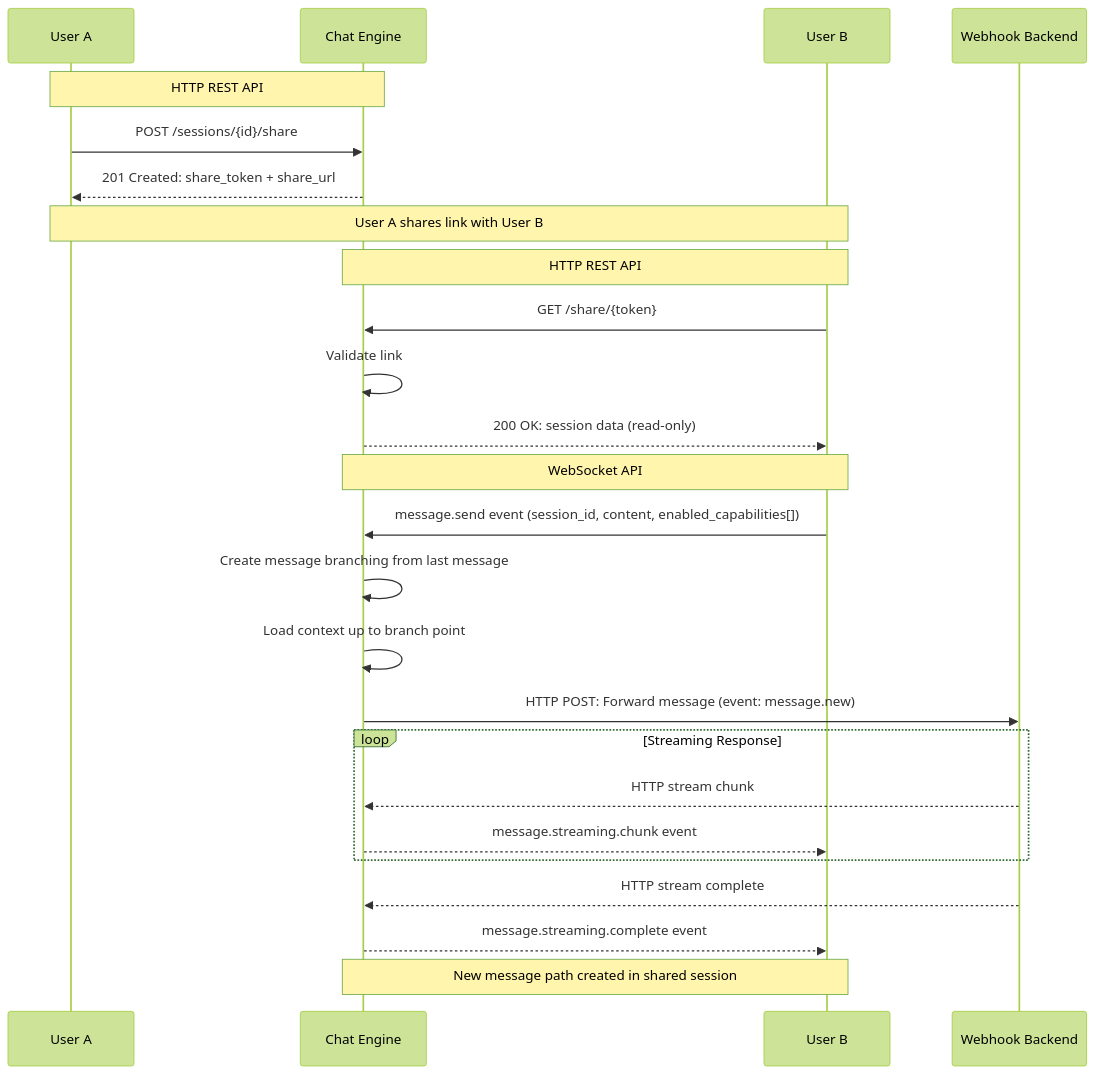
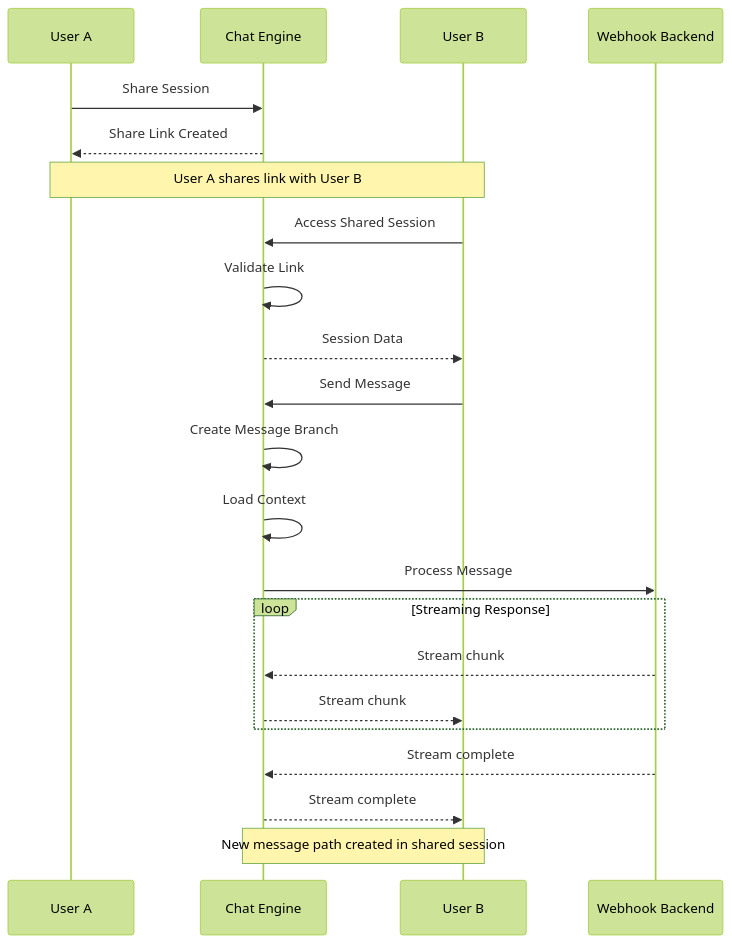
The tenth of 16 diagrams in modules/chat_engine/DESIGN.md (hypernetix/hyperspot), drawn with Mermaid (forest theme) before and after one commit. The commit also changed other lines of this file and 25 other files, not shown here.

````diff
--- a/modules/chat_engine/DESIGN.md
+++ b/modules/chat_engine/DESIGN.md
@@ -711,34 +668,31 @@
 ```mermaid
 sequenceDiagram
     participant User A
     participant Chat Engine
     participant User B
     participant Webhook Backend
 
-    Note over User A,Chat Engine: HTTP REST API
-    User A->>Chat Engine: POST /sessions/{id}/share
-    Chat Engine-->>User A: 201 Created: share_token + share_url
+    User A->>Chat Engine: Share Session
+    Chat Engine-->>User A: Share Link Created
 
     Note over User A,User B: User A shares link with User B
 
-    Note over User B,Chat Engine: HTTP REST API
-    User B->>Chat Engine: GET /share/{token}
-    Chat Engine->>Chat Engine: Validate link
-    Chat Engine-->>User B: 200 OK: session data (read-only)
+    User B->>Chat Engine: Access Shared Session
+    Chat Engine->>Chat Engine: Validate Link
+    Chat Engine-->>User B: Session Data
 
-    Note over User B,Chat Engine: WebSocket API
-    User B->>Chat Engine: message.send event (session_id, content, enabled_capabilities[])
-    Chat Engine->>Chat Engine: Create message branching from last message
-    Chat Engine->>Chat Engine: Load context up to branch point
-    Chat Engine->>Webhook Backend: HTTP POST: Forward message (event: message.new)
+    User B->>Chat Engine: Send Message
+    Chat Engine->>Chat Engine: Create Message Branch
+    Chat Engine->>Chat Engine: Load Context
+    Chat Engine->>Webhook Backend: Process Message
 
     loop Streaming Response
-        Webhook Backend-->>Chat Engine: HTTP stream chunk
-        Chat Engine-->>User B: message.streaming.chunk event
+        Webhook Backend-->>Chat Engine: Stream chunk
+        Chat Engine-->>User B: Stream chunk
     end
 
-    Webhook Backend-->>Chat Engine: HTTP stream complete
-    Chat Engine-->>User B: message.streaming.complete event
+    Webhook Backend-->>Chat Engine: Stream complete
+    Chat Engine-->>User B: Stream complete
 
     Note over User B,Chat Engine: New message path created in shared session
 ```
````
